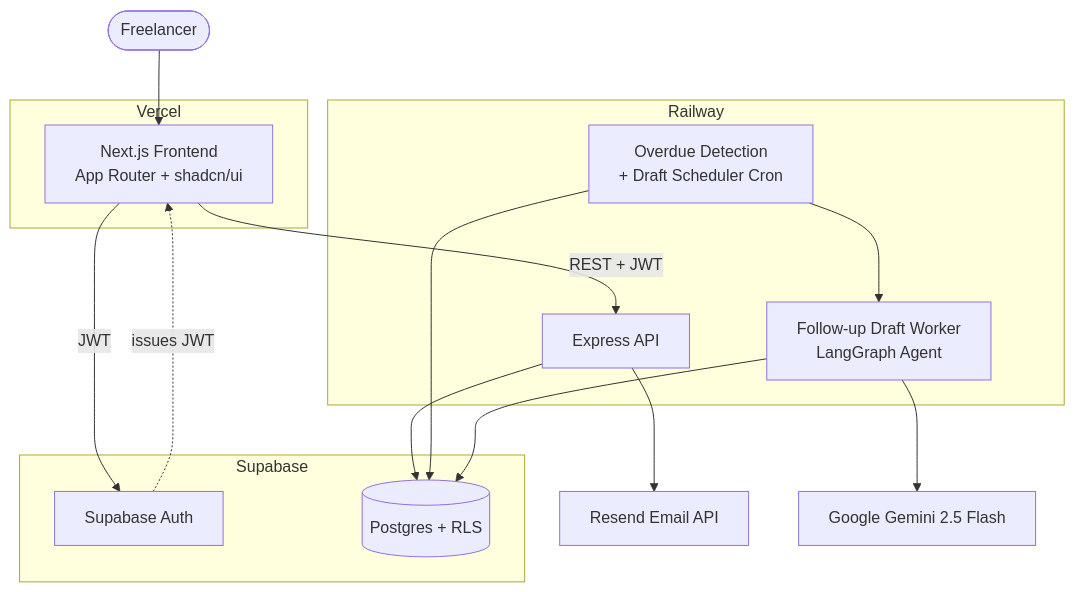
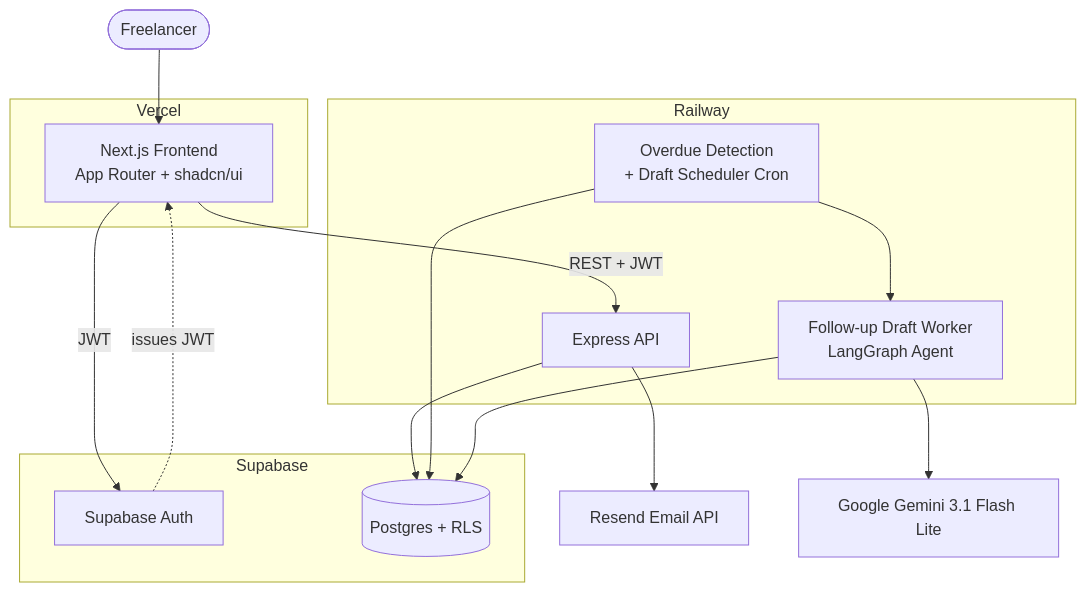
One commit to KuntalRathod/PayNudge changed the first of 3 diagrams in .kiro/specs/invoice-chase-agent/design.md. Above: the diagram before and after it, drawn with Mermaid. The commit also changed other lines of this file and 7 other files, not shown here.

First line of the commit message:
feat(ai): upgrade Gemini model from 2.5 Flash to 3.1 Flash Lite

````diff
--- a/.kiro/specs/invoice-chase-agent/design.md
+++ b/.kiro/specs/invoice-chase-agent/design.md
@@ -39,29 +39,29 @@
 ```mermaid
 graph TB
     User([Freelancer])
     subgraph Vercel
         FE[Next.js Frontend<br/>App Router + shadcn/ui]
     end
     subgraph Railway
         API[Express API]
         CRON[Overdue Detection<br/>+ Draft Scheduler Cron]
         WORKER[Follow-up Draft Worker<br/>LangGraph Agent]
     end
     subgraph Supabase
         AUTH[Supabase Auth]
         DB[(Postgres + RLS)]
     end
     RESEND[Resend Email API]
-    GEMINI[Google Gemini 2.5 Flash]
+    GEMINI[Google Gemini 3.1 Flash Lite]
 
     User --> FE
     FE -->|JWT| AUTH
     FE -->|REST + JWT| API
     API --> DB
     API --> RESEND
     CRON --> DB
     CRON --> WORKER
     WORKER --> GEMINI
     WORKER --> DB
     AUTH -. issues JWT .-> FE
 ```
````
